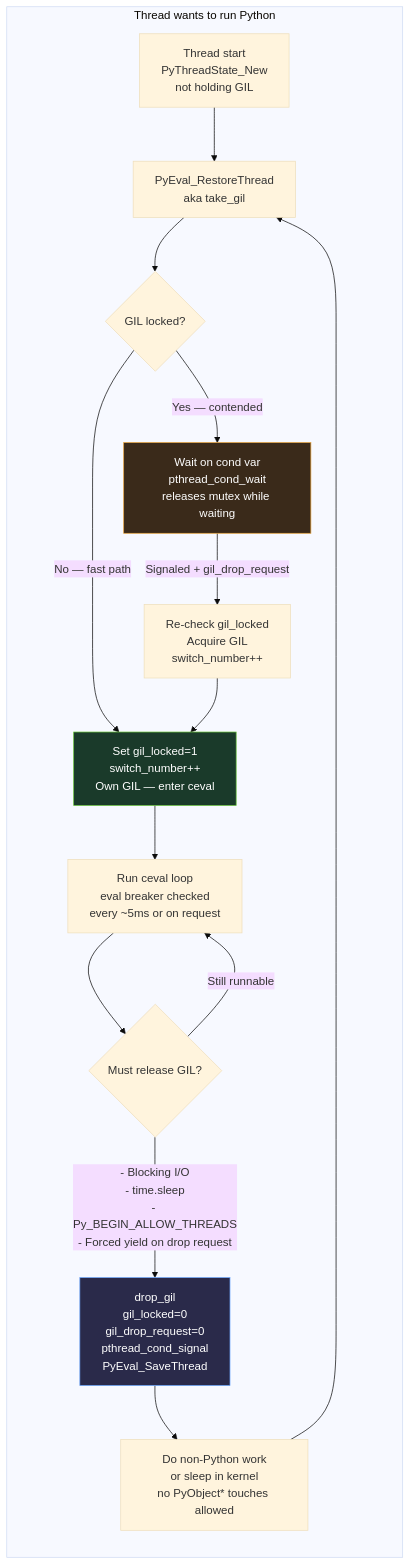
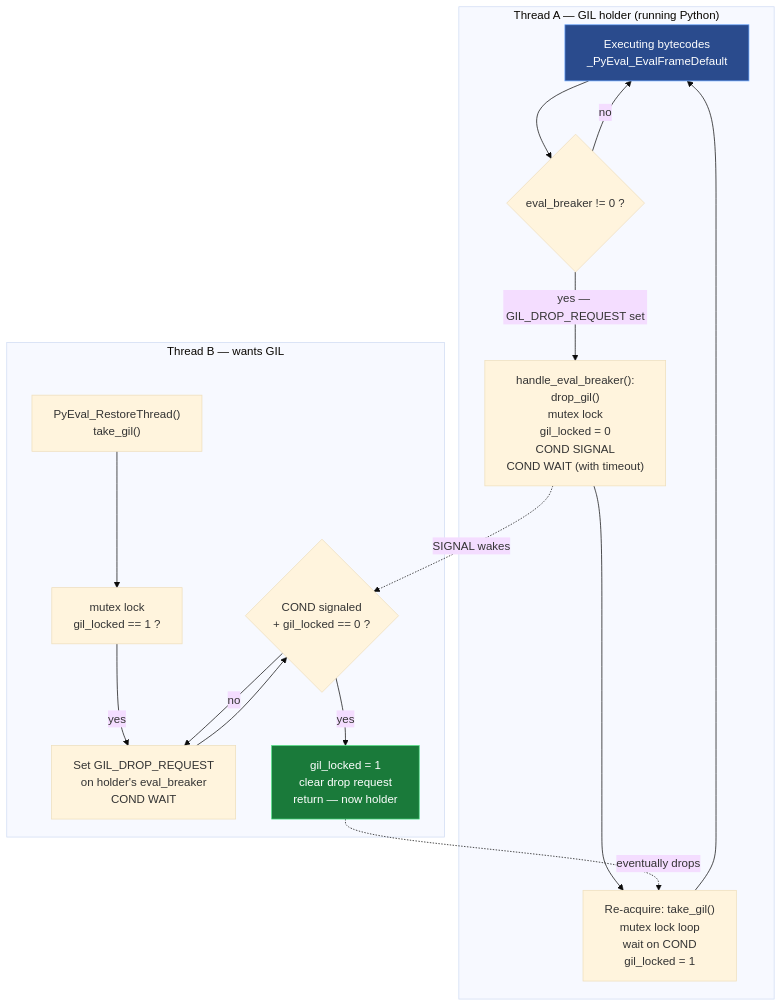
Before and after one commit to bumbsclaw/textbooks: the first of 8 diagrams in vol-16-python-cpython-internals/ch05-gil.md, drawn with Mermaid (base theme). The commit also changed other lines of this file and 8 other files, not shown here.

````diff
--- a/vol-16-python-cpython-internals/ch05-gil.md
+++ b/vol-16-python-cpython-internals/ch05-gil.md
@@ -99,22 +135,24 @@
 ```mermaid
 flowchart TB
-    subgraph THREAD["Thread wants to run Python"]
-        direction TB
-        A["Thread start<br/>PyThreadState_New<br/>not holding GIL"] --> B["PyEval_RestoreThread<br/>aka take_gil"]
-        B --> C{"GIL locked?"}
-        C -->|"No — fast path"| D["Set gil_locked=1<br/>switch_number++<br/>Own GIL — enter ceval"]
-        C -->|"Yes — contended"| E["Wait on cond var<br/>pthread_cond_wait<br/>releases mutex while waiting"]
-        E -->|"Signaled + gil_drop_request"| F["Re-check gil_locked<br/>Acquire GIL<br/>switch_number++"]
-        F --> D
-        D --> G["Run ceval loop<br/>eval breaker checked<br/>every ~5ms or on request"]
-        G --> H{"Must release GIL?"}
-        H -->|"- Blocking I/O<br/>- time.sleep<br/>- Py_BEGIN_ALLOW_THREADS<br/>- Forced yield on drop request"| I["drop_gil<br/>gil_locked=0<br/>gil_drop_request=0<br/>pthread_cond_signal<br/>PyEval_SaveThread"]
-        H -->|"Still runnable"| G
-        I --> J["Do non-Python work<br/>or sleep in kernel<br/>no PyObject* touches allowed"]
-        J --> B
+    subgraph HOLDER["Thread A — GIL holder (running Python)"]
+        A1["Executing bytecodes<br/>_PyEval_EvalFrameDefault"] --> A2{"eval_breaker != 0 ?"}
+        A2 -->|no| A1
+        A2 -->|yes — GIL_DROP_REQUEST set| A3["handle_eval_breaker():<br/>drop_gil()<br/>  mutex lock<br/>  gil_locked = 0<br/>  COND SIGNAL<br/>  COND WAIT (with timeout)"]
+        A3 --> A4["Re-acquire: take_gil()<br/>  mutex lock loop<br/>  wait on COND<br/>  gil_locked = 1"]
+        A4 --> A1
     end
 
-    style D fill:#1a3a2a,stroke:#67c23a,color:#fff
-    style E fill:#3a2a1a,stroke:#e6a23c,color:#fff
-    style I fill:#2a2a4a,stroke:#6ea8fe,color:#fff
+    subgraph WAITER["Thread B — wants GIL"]
+        B1["PyEval_RestoreThread()<br/>take_gil()"] --> B2["mutex lock<br/>gil_locked == 1 ?"]
+        B2 -->|yes| B3["Set GIL_DROP_REQUEST<br/>on holder's eval_breaker<br/>COND WAIT"]
+        B3 --> B4{"COND signaled<br/>+ gil_locked == 0 ?"}
+        B4 -->|no| B3
+        B4 -->|yes| B5["gil_locked = 1<br/>clear drop request<br/>return — now holder"]
+    end
+
+    A3 -.->|SIGNAL wakes| B4
+    B5 -.->|eventually drops| A4
+
+    style A1 fill:#2a4b8d,stroke:#6ea8fe,color:#fff
+    style B5 fill:#1a7a3a,stroke:#4ade80,color:#fff
 ```
````
